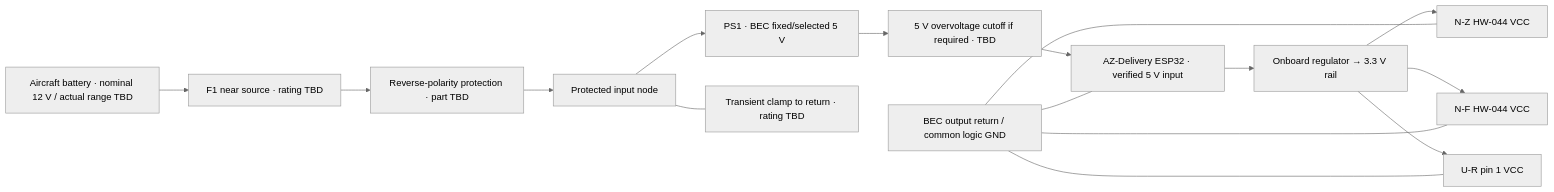
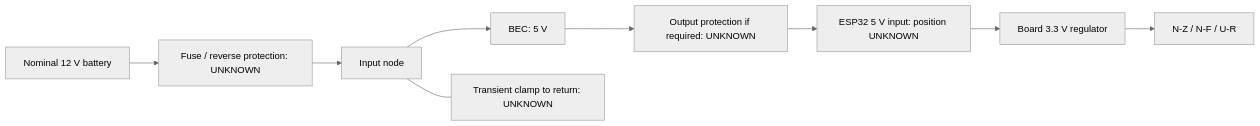
The second of 2 diagrams in docs/connections.md (MomoRC-tech/Becker-AR6201-to-OpenSoar), drawn with Mermaid (neutral theme) before and after one commit. The commit also changed other lines of this file and 6 other files, not shown here.

````diff
--- a/docs/connections.md
+++ b/docs/connections.md
@@ -250,16 +75,9 @@
 ```mermaid
 flowchart LR
-    S["Aircraft battery · nominal 12 V / actual range TBD"] --> F["F1 near source · rating TBD"]
-    F --> R["Reverse-polarity protection · part TBD"]
-    R --> P["Protected input node"] --> B["PS1 · BEC fixed/selected 5 V"]
-    P --- T["Transient clamp to return · rating TBD"]
-    B --> O["5 V overvoltage cutoff if required · TBD"] --> E["AZ-Delivery ESP32 · verified 5 V input"]
-    E --> V["Onboard regulator → 3.3 V rail"]
-    V --> Z["N-Z HW-044 VCC"]
-    V --> N["N-F HW-044 VCC"]
-    V --> U["U-R pin 1 VCC"]
-    G["BEC output return / common logic GND"] --- E
-    G --- Z
-    G --- N
-    G --- U
+    S["Nominal 12 V battery"] --> P["Fuse / reverse protection: UNKNOWN"]
+    P --> I[Input node] --> B["BEC: 5 V"]
+    I --- T["Transient clamp to return: UNKNOWN"]
+    B --> V["Output protection if required: UNKNOWN"] --> E["ESP32 5 V input: position UNKNOWN"]
+    E --> R[Board 3.3 V regulator]
+    R --> C["N-Z / N-F / U-R"]
 ```
````
